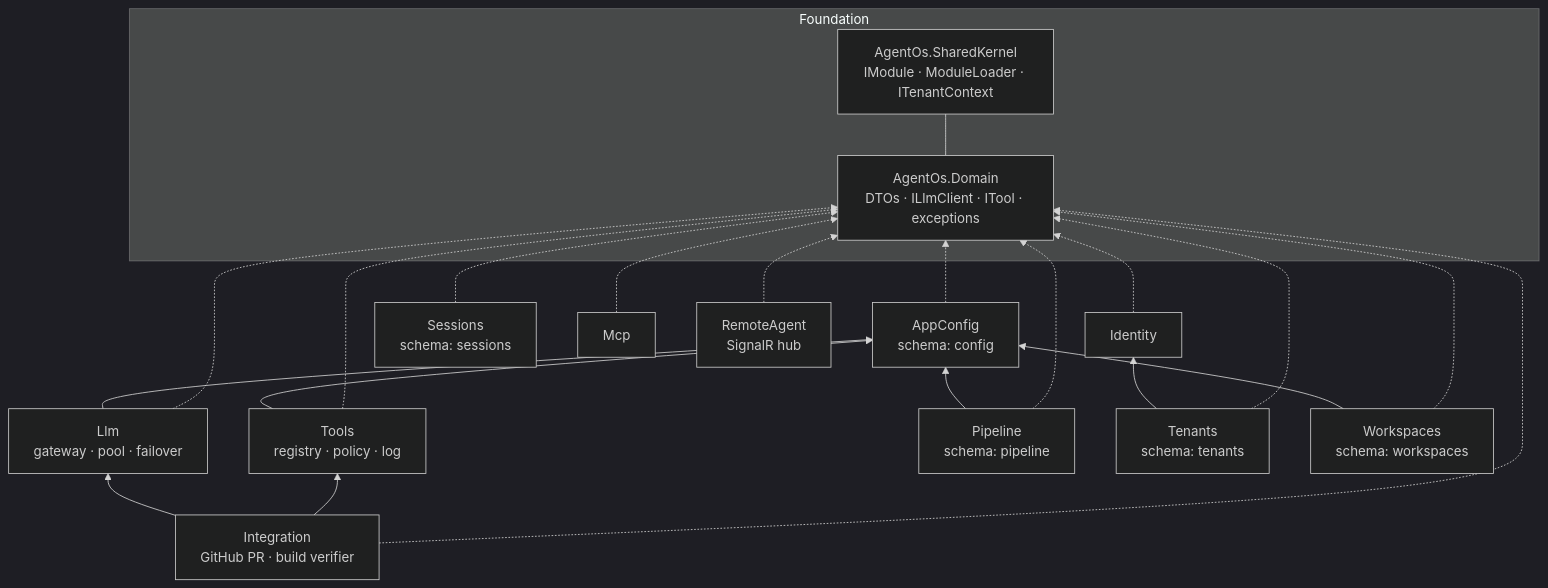
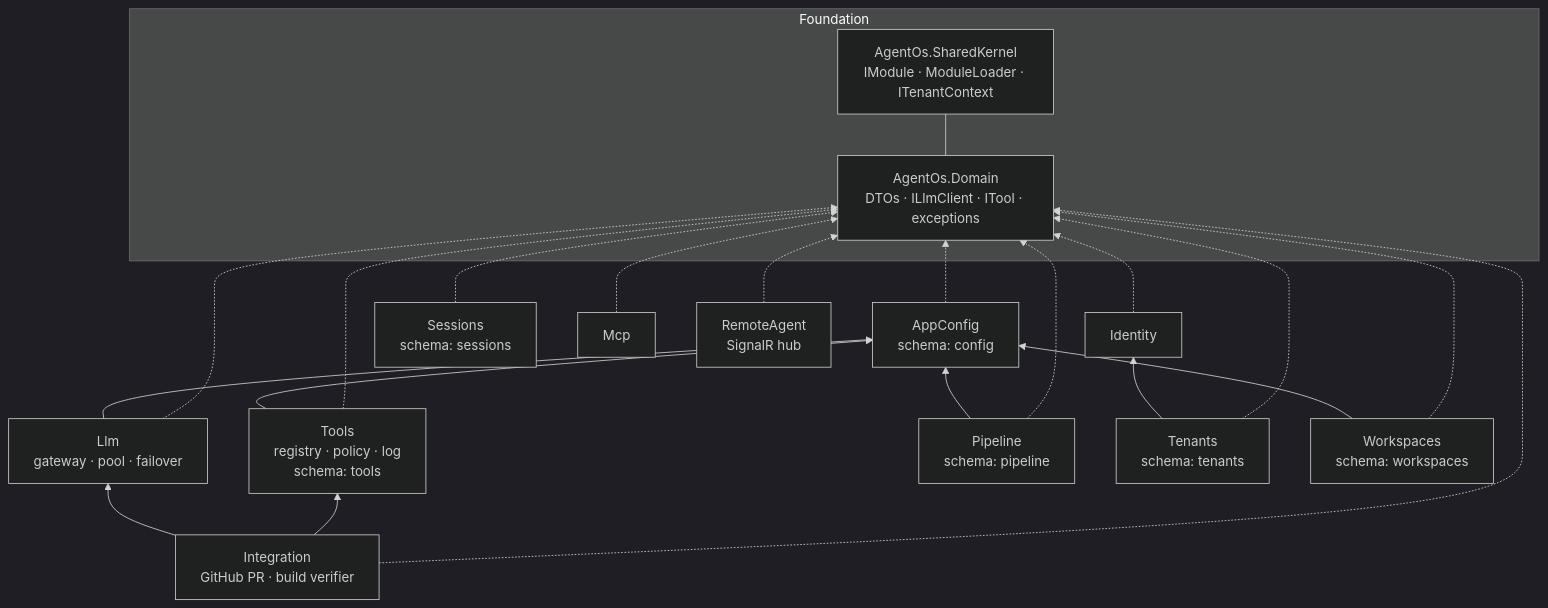
Before and after one commit to hoangsnowy/AgentOs: the second of 4 diagrams in docs/architecture.md, drawn with Mermaid (dark theme). The commit also changed other lines of this file and 28 other files, not shown here.

````diff
--- a/docs/architecture.md
+++ b/docs/architecture.md
@@ -78,41 +79,41 @@
 ```mermaid
 flowchart BT
   subgraph base[Foundation]
     Domain["AgentOs.Domain<br/>DTOs · ILlmClient · ITool · exceptions"]
     SK["AgentOs.SharedKernel<br/>IModule · ModuleLoader · ITenantContext"]
   end
 
   AppConfig["AppConfig<br/>schema: config"]
   Llm["Llm<br/>gateway · pool · failover"]
-  Tools["Tools<br/>registry · policy · log"]
+  Tools["Tools<br/>registry · policy · log<br/>schema: tools"]
   Pipeline["Pipeline<br/>schema: pipeline"]
   Integration["Integration<br/>GitHub PR · build verifier"]
   Identity["Identity"]
   Tenants["Tenants<br/>schema: tenants"]
   Workspaces["Workspaces<br/>schema: workspaces"]
   Sessions["Sessions<br/>schema: sessions"]
   Mcp["Mcp"]
   RemoteAgent["RemoteAgent<br/>SignalR hub"]
 
   Llm --> AppConfig
   Tools --> AppConfig
   Pipeline --> AppConfig
   Workspaces --> AppConfig
   Integration --> Llm
   Integration --> Tools
   Tenants --> Identity
 
   %% everything rests on the foundation
   AppConfig -.-> Domain
   Llm -.-> Domain
   Tools -.-> Domain
   Pipeline -.-> Domain
   Integration -.-> Domain
   Identity -.-> Domain
   Tenants -.-> Domain
   Workspaces -.-> Domain
   Sessions -.-> Domain
   Mcp -.-> Domain
   RemoteAgent -.-> Domain
   Domain --- SK
 ```
````
